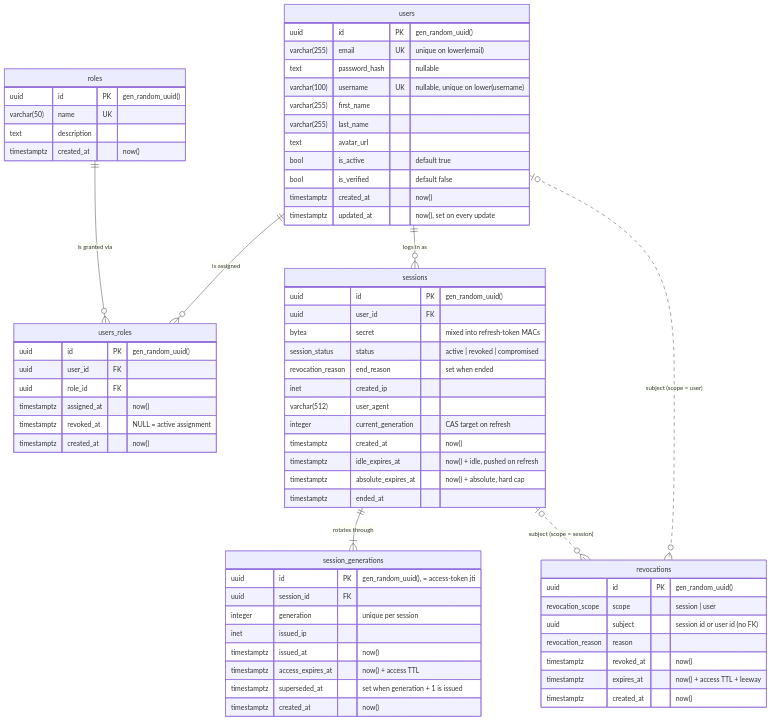
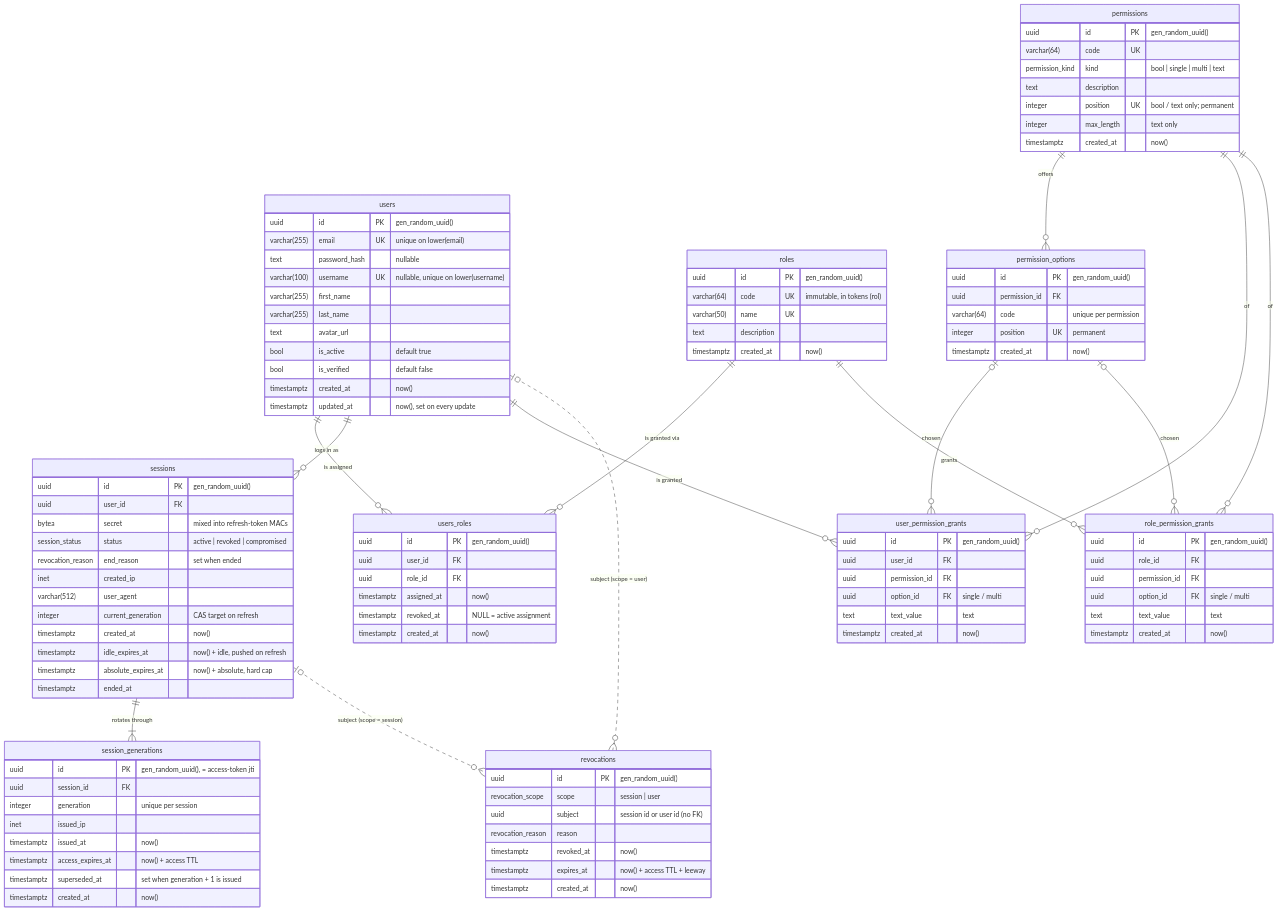
One commit to eugenezimin/auth-lib changed the diagram in adapters/postgres/README.md. Above: the diagram before and after it, drawn with Mermaid. The commit also changed other lines of this file and 1 other file, not shown here.

Commit message:
Map Postgres rows for permissions, cluster nodes, and keys
Extend rows.rs with row types and conversions for the permission
catalog, grants, cluster nodes, and verifying keys. Add role codes to
role rows, and add status, origin, and enforcement fields to revocation
rows.

Update the adapter README to cover the new repositories, the
builder/start() setup, the permission and cluster tables with their
constraints and ER diagram, and the list of current migrations.

````diff
--- a/adapters/postgres/README.md
+++ b/adapters/postgres/README.md
@@ -72,6 +78,13 @@
     roles ||--o{ users_roles : "is granted via"
     users ||--o{ sessions : "logs in as"
     sessions ||--|{ session_generations : "rotates through"
+    permissions ||--o{ permission_options : "offers"
+    users ||--o{ user_permission_grants : "is granted"
+    roles ||--o{ role_permission_grants : "grants"
+    permissions ||--o{ user_permission_grants : "of"
+    permissions ||--o{ role_permission_grants : "of"
+    permission_options |o--o{ user_permission_grants : "chosen"
+    permission_options |o--o{ role_permission_grants : "chosen"
     sessions |o..o{ revocations : "subject (scope = session)"
     users |o..o{ revocations : "subject (scope = user)"
 
@@ -91,6 +104,7 @@
 
     roles {
         uuid id PK "gen_random_uuid()"
+        varchar(64) code UK "immutable, in tokens (rol)"
         varchar(50) name UK
         text description
         timestamptz created_at "now()"
@@ -140,4 +154,40 @@
         timestamptz expires_at "now() + access TTL + leeway"
         timestamptz created_at "now()"
     }
+
+    permissions {
+        uuid id PK "gen_random_uuid()"
+        varchar(64) code UK
+        permission_kind kind "bool | single | multi | text"
+        text description
+        integer position UK "bool / text only; permanent"
+        integer max_length "text only"
+        timestamptz created_at "now()"
+    }
+
+    permission_options {
+        uuid id PK "gen_random_uuid()"
+        uuid permission_id FK
+        varchar(64) code "unique per permission"
+        integer position UK "permanent"
+        timestamptz created_at "now()"
+    }
+
+    user_permission_grants {
+        uuid id PK "gen_random_uuid()"
+        uuid user_id FK
+        uuid permission_id FK
+        uuid option_id FK "single / multi"
+        text text_value "text"
+        timestamptz created_at "now()"
+    }
+
+    role_permission_grants {
+        uuid id PK "gen_random_uuid()"
+        uuid role_id FK
+        uuid permission_id FK
+        uuid option_id FK "single / multi"
+        text text_value "text"
+        timestamptz created_at "now()"
+    }
 ```
````
